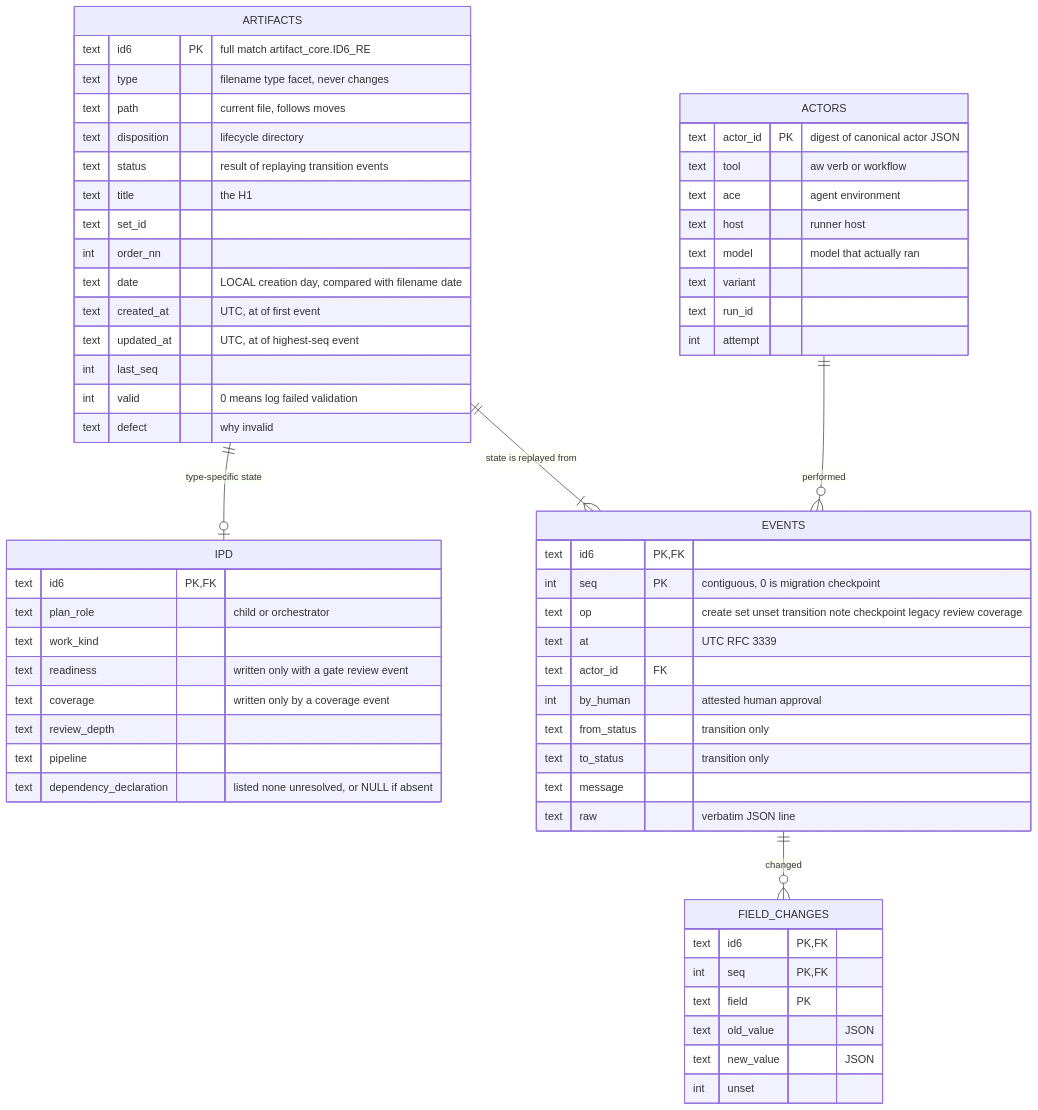
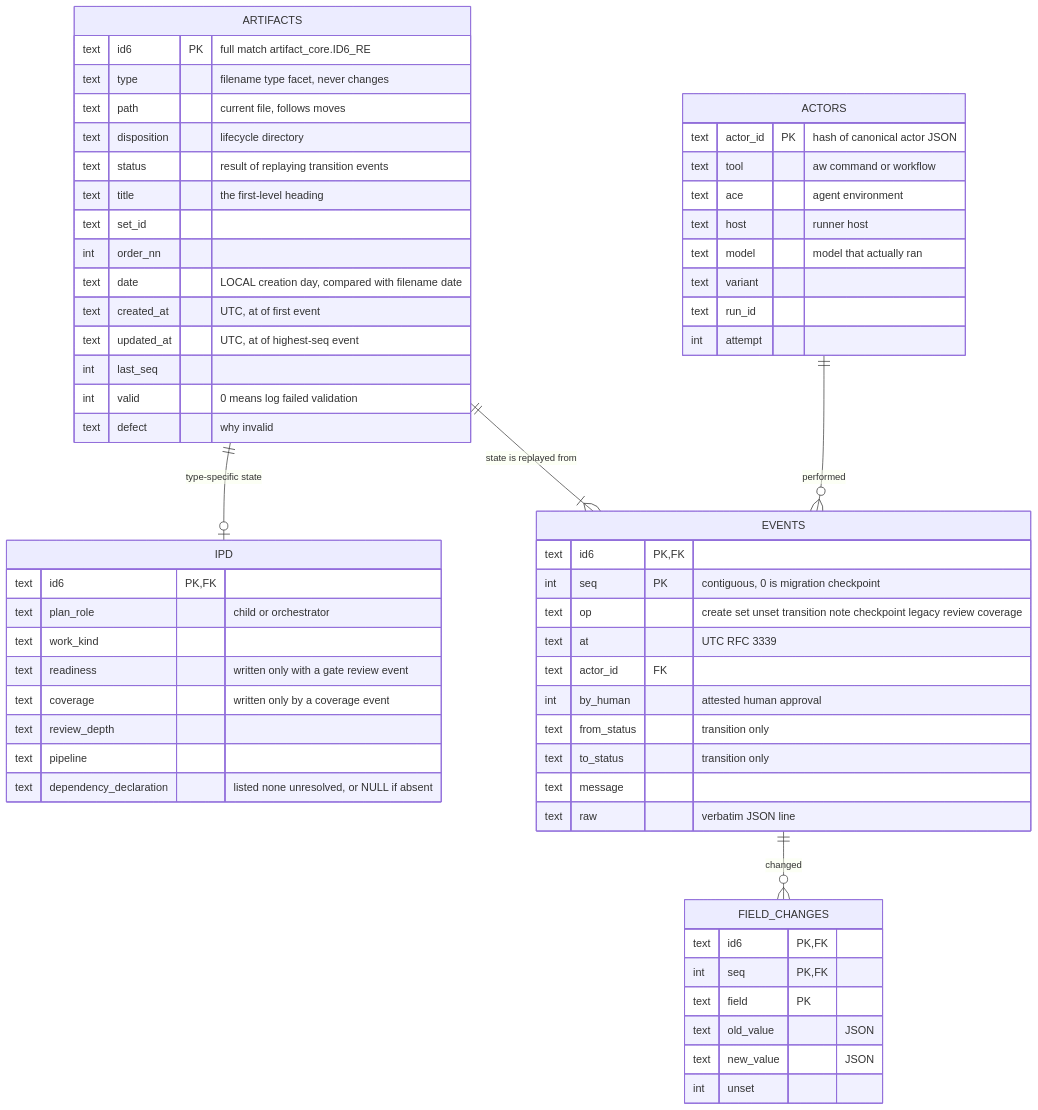
One commit to fariello/agent-workflows changed the first of 10 diagrams in .aw/records/specs/reviewed/20260925-metastore-01-4sd62s-artifact-metadata-store.spec.md. Above: the diagram before and after it, drawn with Mermaid. The commit also changed other lines of this file, not shown here.

````diff
--- a/.aw/records/specs/reviewed/20260925-metastore-01-4sd62s-artifact-metadata-store.spec.md
+++ b/.aw/records/specs/reviewed/20260925-metastore-01-4sd62s-artifact-metadata-store.spec.md
@@ -999,63 +1024,63 @@
 ```mermaid
 erDiagram
     ARTIFACTS {
         text id6 PK "full match artifact_core.ID6_RE"
         text type "filename type facet, never changes"
         text path "current file, follows moves"
         text disposition "lifecycle directory"
         text status "result of replaying transition events"
-        text title "the H1"
+        text title "the first-level heading"
         text set_id
         int order_nn
         text date "LOCAL creation day, compared with filename date"
         text created_at "UTC, at of first event"
         text updated_at "UTC, at of highest-seq event"
         int last_seq
         int valid "0 means log failed validation"
         text defect "why invalid"
     }
     IPD {
         text id6 PK, FK
         text plan_role "child or orchestrator"
         text work_kind
         text readiness "written only with a gate review event"
         text coverage "written only by a coverage event"
         text review_depth
         text pipeline
         text dependency_declaration "listed none unresolved, or NULL if absent"
     }
     EVENTS {
         text id6 PK, FK
         int seq PK "contiguous, 0 is migration checkpoint"
         text op "create set unset transition note checkpoint legacy review coverage"
         text at "UTC RFC 3339"
         text actor_id FK
         int by_human "attested human approval"
         text from_status "transition only"
         text to_status "transition only"
         text message
         text raw "verbatim JSON line"
     }
     FIELD_CHANGES {
         text id6 PK, FK
         int seq PK, FK
         text field PK
         text old_value "JSON"
         text new_value "JSON"
         int unset
     }
     ACTORS {
-        text actor_id PK "digest of canonical actor JSON"
-        text tool "aw verb or workflow"
+        text actor_id PK "hash of canonical actor JSON"
+        text tool "aw command or workflow"
         text ace "agent environment"
         text host "runner host"
         text model "model that actually ran"
         text variant
         text run_id
         int attempt
     }
     ARTIFACTS ||--o| IPD : "type-specific state"
     ARTIFACTS ||--|{ EVENTS : "state is replayed from"
     EVENTS ||--o{ FIELD_CHANGES : "changed"
     ACTORS ||--o{ EVENTS : "performed"
 ```
````
